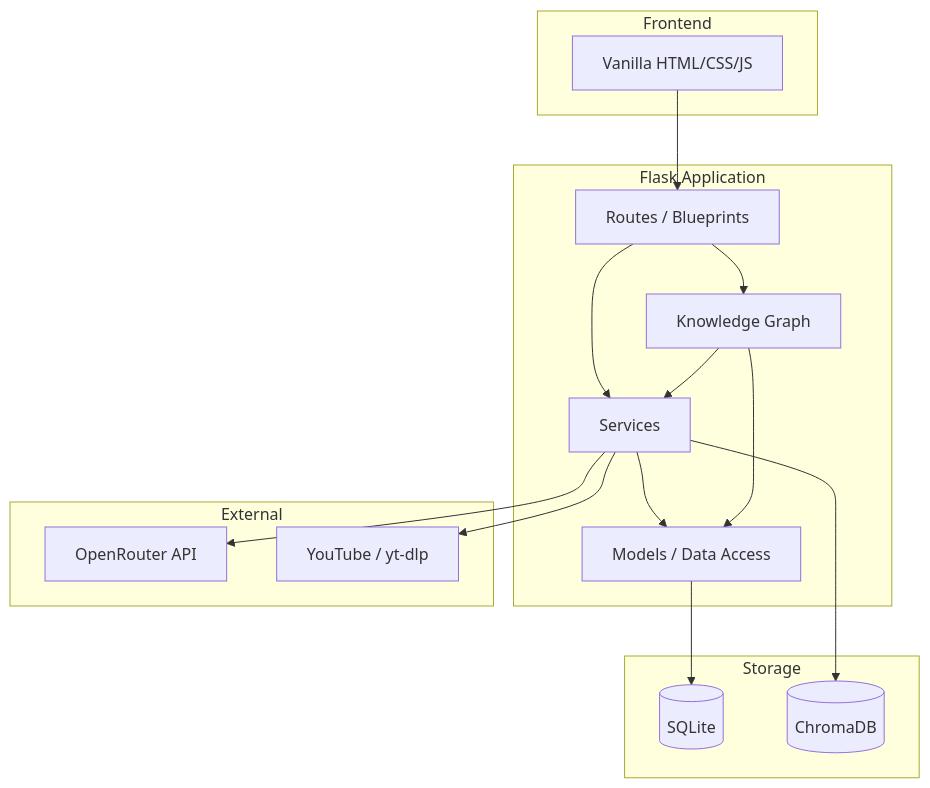
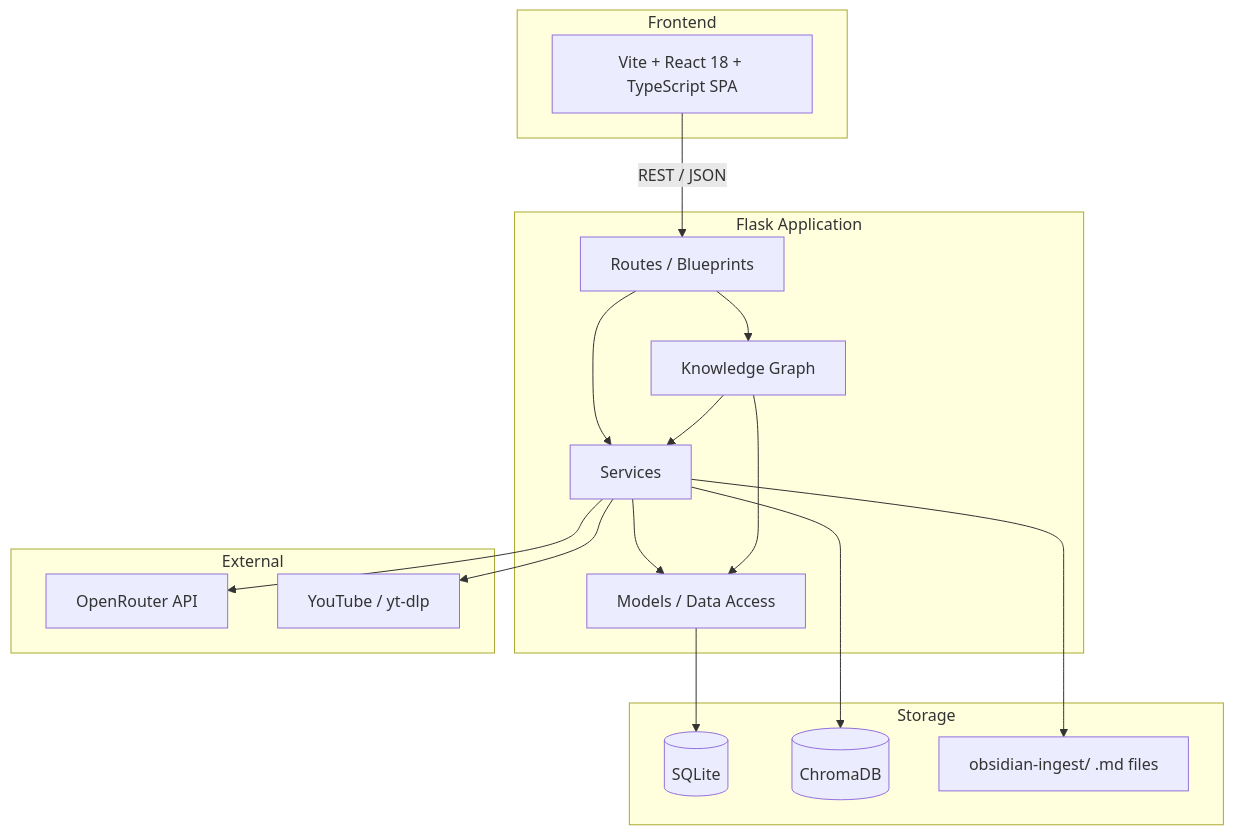
Before and after one commit to AlanNobita/The-second-brain: the first of 7 diagrams in docs/ARCHITECTURE.md, drawn with Mermaid. The commit also changed other lines of this file and 5 other files, not shown here.

First line of the commit message:
docs: refresh for Vite/React frontend and card-based commands

````diff
--- a/docs/ARCHITECTURE.md
+++ b/docs/ARCHITECTURE.md
@@ -5,34 +5,36 @@
 ```mermaid
 graph TB
     subgraph Frontend
-        UI[Vanilla HTML/CSS/JS]
+        UI[Vite + React 18 + TypeScript SPA]
     end
 
     subgraph "Flask Application"
         RP[Routes / Blueprints]
         SV[Services]
         MD[Models / Data Access]
         KG[Knowledge Graph]
     end
 
     subgraph Storage
         SQL[(SQLite)]
         CHR[(ChromaDB)]
+        FS[obsidian-ingest/ .md files]
     end
 
     subgraph External
         OR[OpenRouter API]
         YT[YouTube / yt-dlp]
     end
 
-    UI --> RP
+    UI -->|REST / JSON| RP
     RP --> SV
     RP --> KG
     SV --> MD
     KG --> MD
     KG --> SV
     MD --> SQL
     SV --> CHR
     SV --> OR
     SV --> YT
+    SV --> FS
 ```
````
